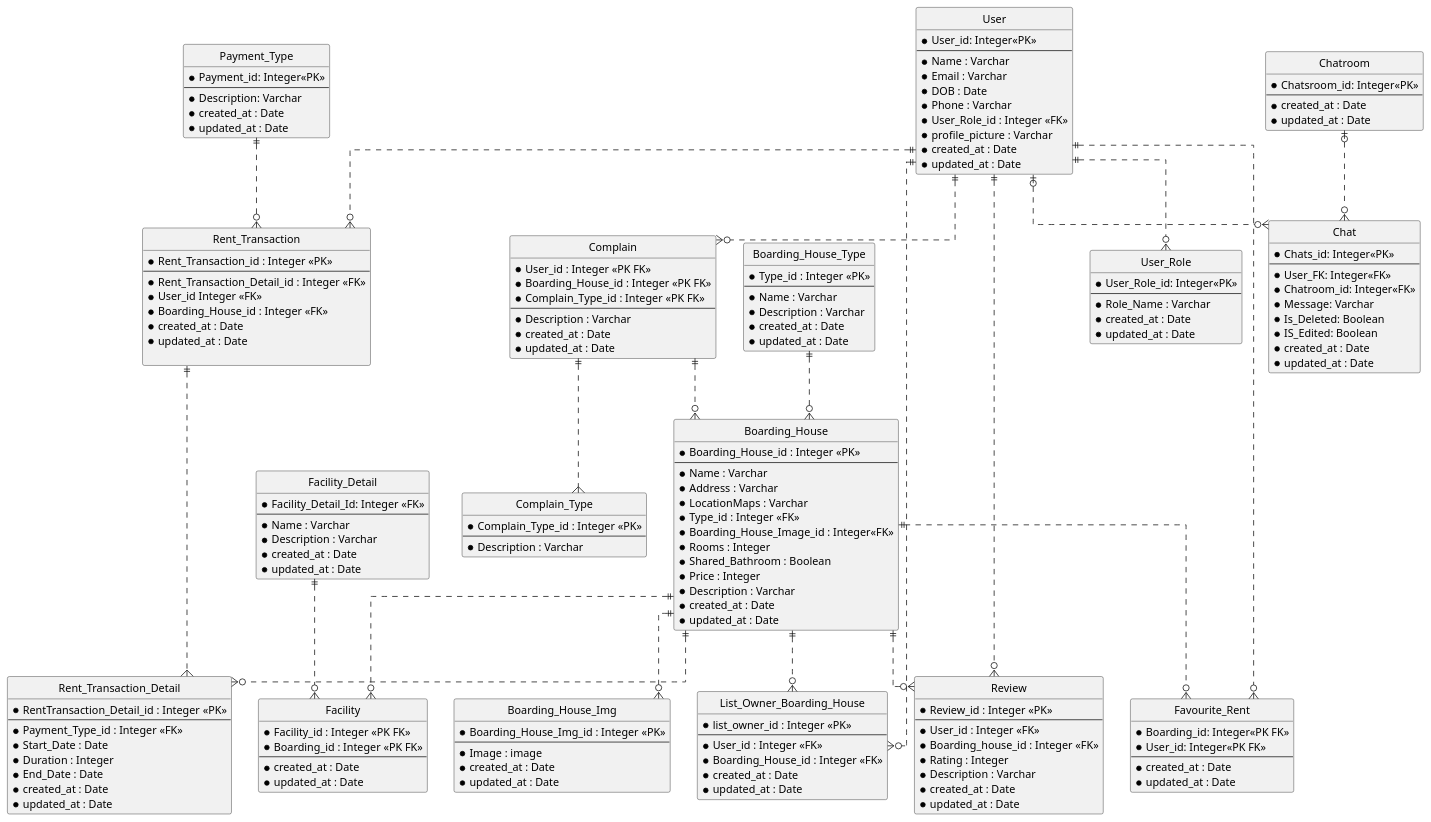
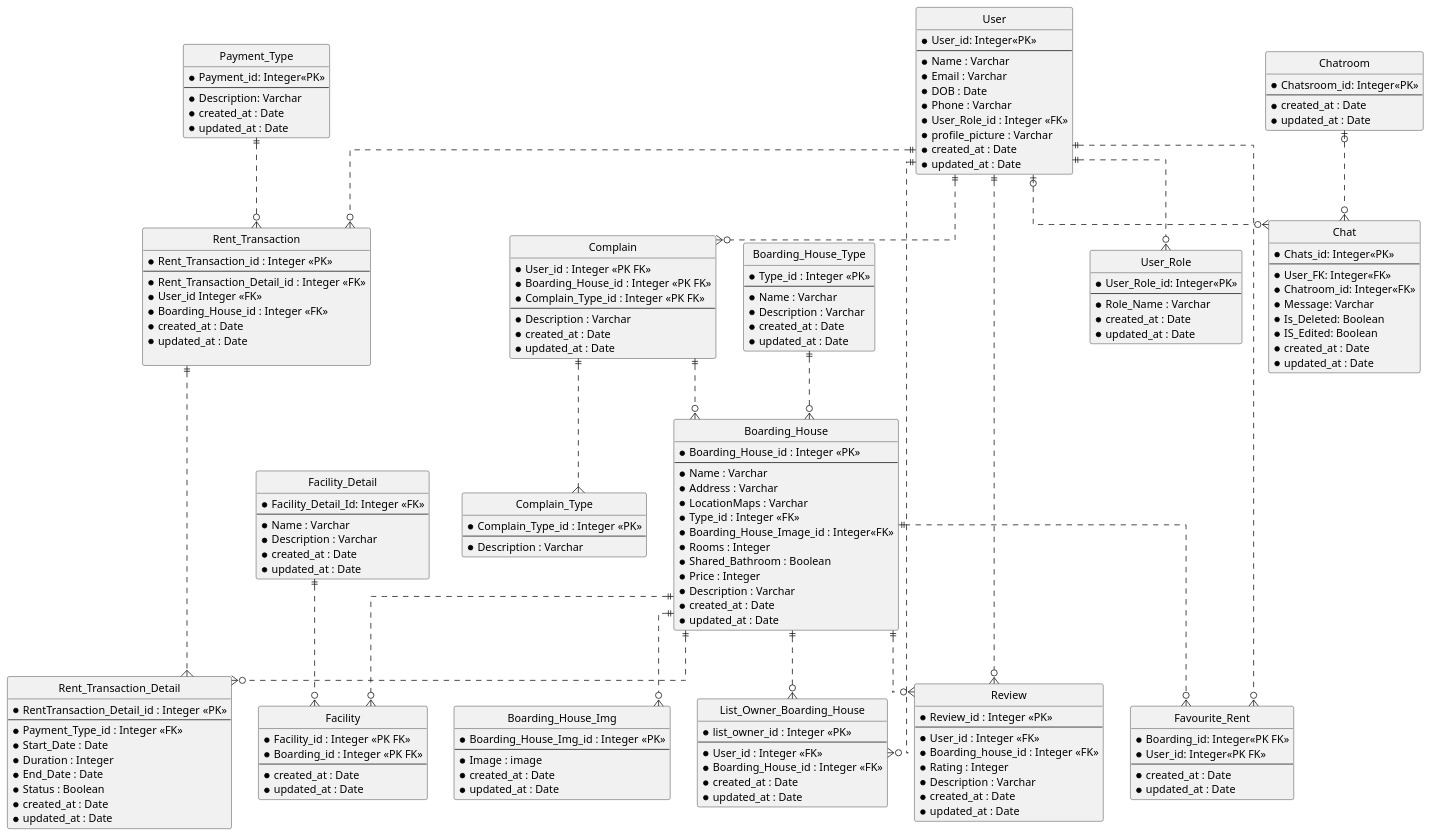
One commit to AntWort21/BHFMS changed the diagram in Design/BHFMS_ERD.puml. Above: the diagram before and after it, drawn with PlantUML. The commit also changed 6 other files, not shown here.

Commit message:
Updated Use Case Diagram + Start of Sequence

```diff
--- a/Design/BHFMS_ERD.puml
+++ b/Design/BHFMS_ERD.puml
@@ -94,6 +94,7 @@
   *Start_Date : Date
   *Duration : Integer
   *End_Date : Date
+  *Status : Boolean
   *created_at : Date
   *updated_at : Date
 }
```
